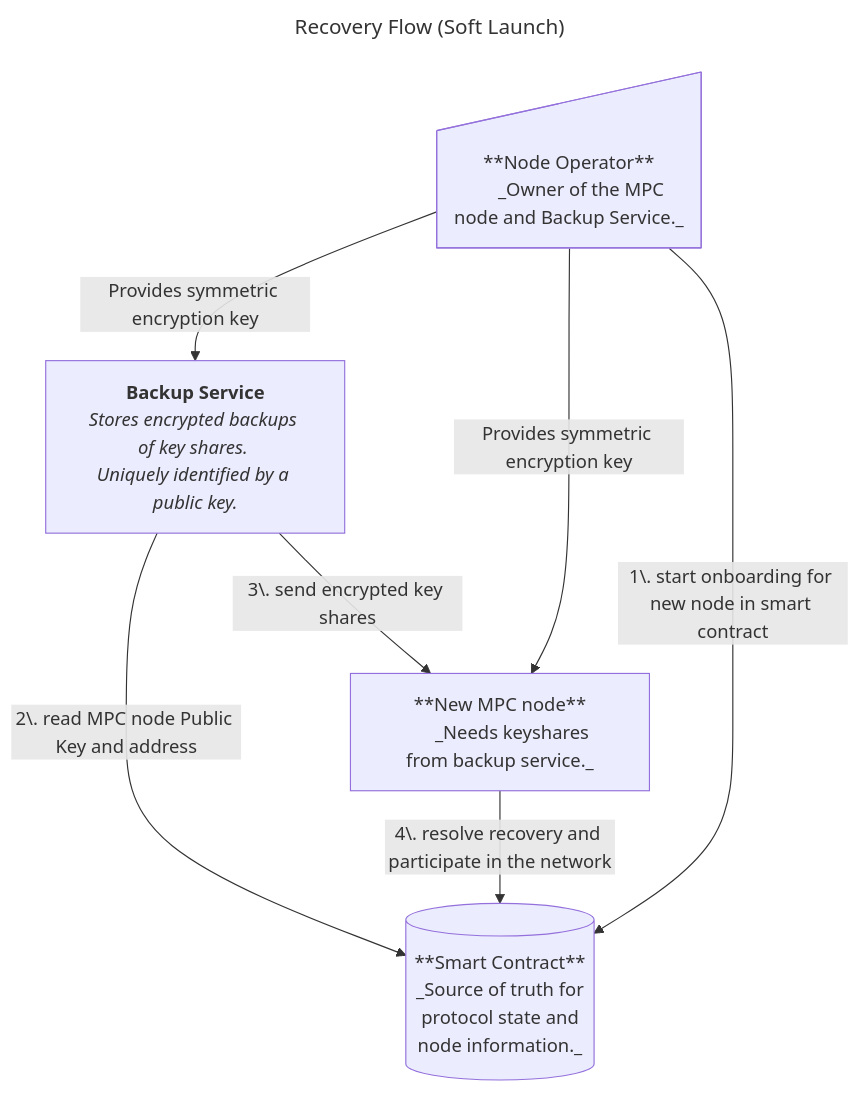
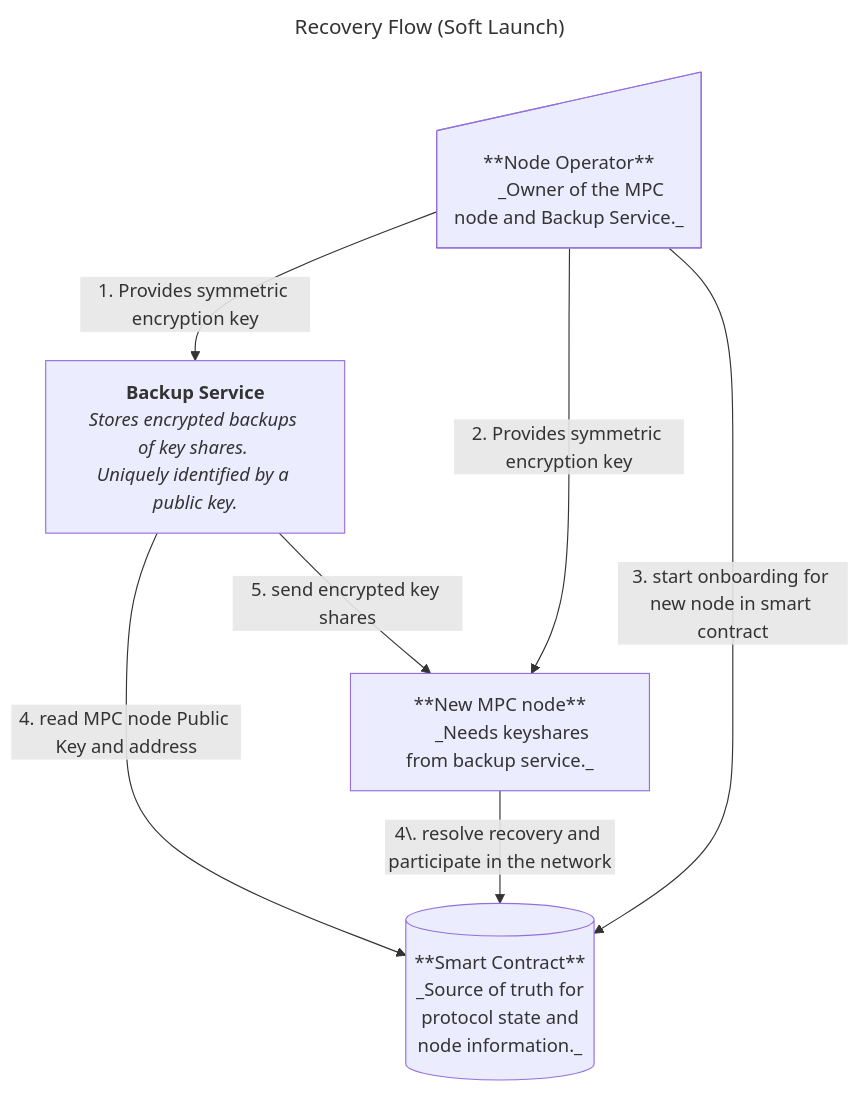
The third of 4 diagrams in docs/migration-service.md (near/mpc), drawn with Mermaid before and after one commit.

````diff
--- a/docs/migration-service.md
+++ b/docs/migration-service.md
@@ -172,31 +172,31 @@
 ```mermaid
 ---
 title: Recovery Flow (Soft Launch)
 ---
 flowchart TD
     NO["**Node Operator**
       _Owner of the MPC node and Backup Service._"]
 
     SC["**Smart Contract**
       _Source of truth for
       protocol state and
       node information._"]
 
     BS@{ label: "**Backup Service**
         _Stores encrypted backups of key shares. 
         Uniquely identified by a public key._" }
     MPC["**New MPC node**
       _Needs keyshares from backup service._"]
     
-    NO -->|Provides symmetric encryption key| BS;
-    NO -->|Provides symmetric encryption key| MPC;
-    NO -- "1\. start onboarding for new node in smart contract" --> SC
-    BS -- "2\. read MPC node Public Key and address" --> SC
-    BS -- "3\. send encrypted key shares" --> MPC
+    NO -->|"1. Provides symmetric encryption key"| BS;
+    NO -->|"2. Provides symmetric encryption key"| MPC;
+    NO -->|"3. start onboarding for new node in smart contract"| SC;
+    BS -->|"4. read MPC node Public Key and address"| SC;
+    BS -->|"5. send encrypted key shares"| MPC;
     MPC -- "4\. resolve recovery and participate in the network" --> SC
 
     NO@{ shape: manual-input}
     SC@{ shape: db}
     BS@{ shape: proc}
     MPC@{ shape: proc}
 ```
````
